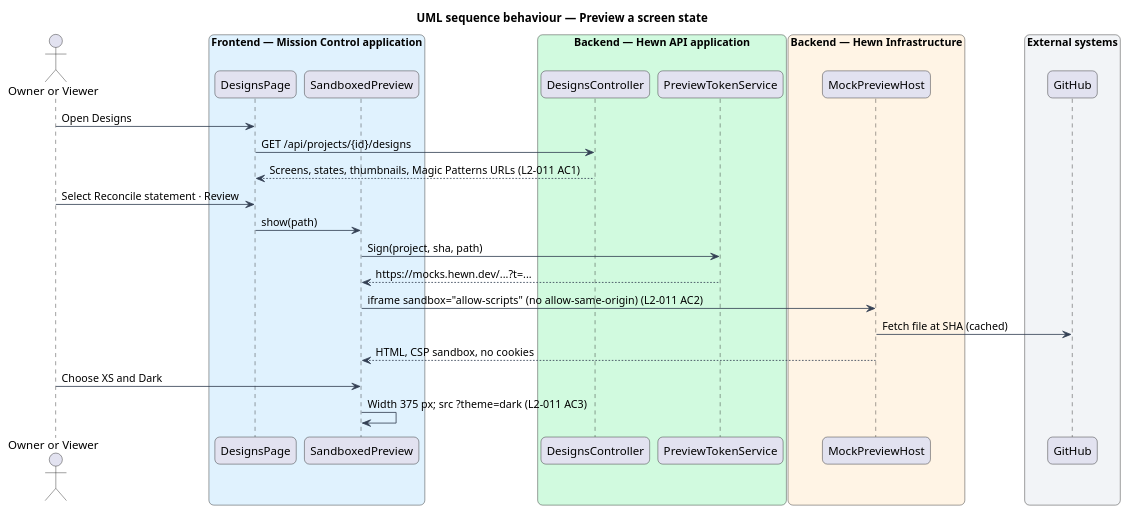
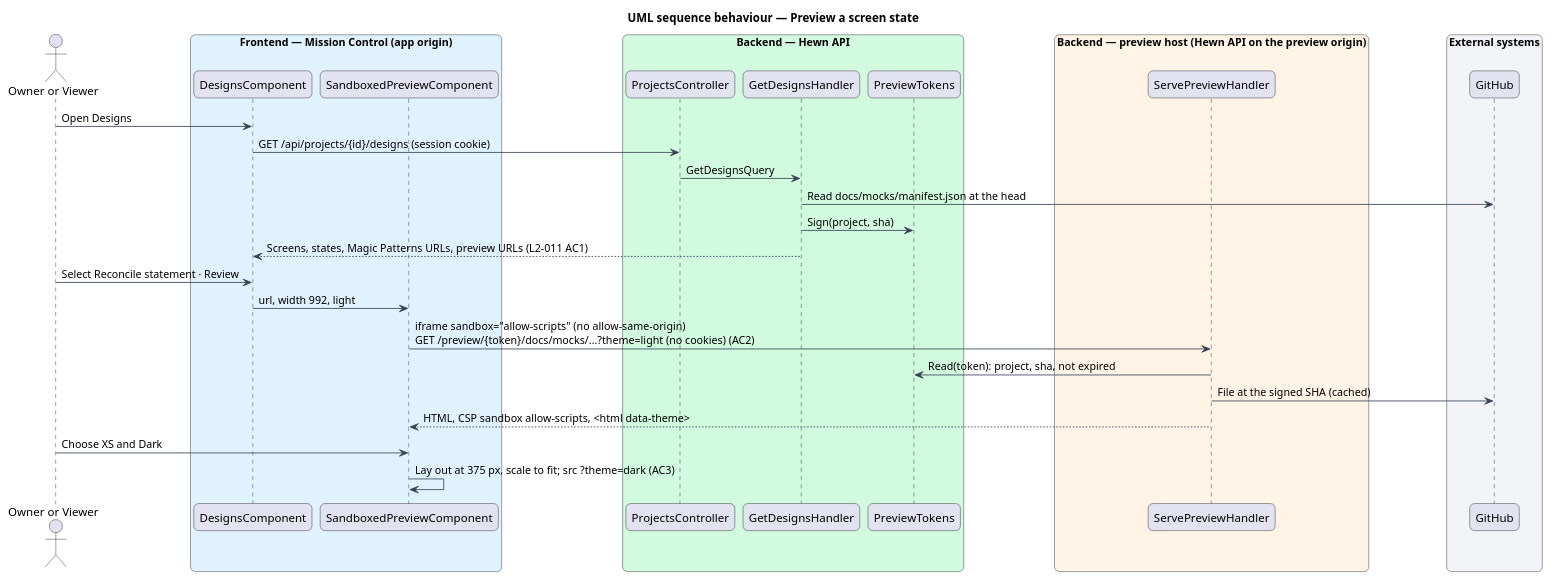
The diagram in docs/detailed-designs/mission-control/preview-designs/diagrams/sequence-preview.puml (QuinntyneBrown/hewn), drawn with PlantUML before and after one commit. The commit also changed 62 other files, not shown here.

First line of the commit message:
Preview product designs (journey 14, L2-011) (#22)

```diff
--- a/docs/detailed-designs/mission-control/preview-designs/diagrams/sequence-preview.puml
+++ b/docs/detailed-designs/mission-control/preview-designs/diagrams/sequence-preview.puml
@@ -1,45 +1,48 @@
 @startuml
 title UML sequence behaviour — Preview a screen state
 skinparam backgroundColor #FFFFFF
 skinparam shadowing false
 skinparam roundcorner 12
 skinparam defaultFontName Arial
 skinparam ArrowColor #344054
 skinparam rectangle {
   BorderColor #344054
   FontColor #101828
 }
 skinparam package {
   BorderColor #667085
   FontColor #101828
   BackgroundColor #F9FAFB
 }
 skinparam sequenceMessageAlign left
 actor "Owner or Viewer" as user
-box "Frontend — Mission Control application" #E0F2FE
-  participant "DesignsPage" as page
-  participant "SandboxedPreview" as prev
+box "Frontend — Mission Control (app origin)" #E0F2FE
+  participant "DesignsComponent" as page
+  participant "SandboxedPreviewComponent" as prev
 end box
-box "Backend — Hewn API application" #D1FADF
-  participant "DesignsController" as ctrl
-  participant "PreviewTokenService" as tok
+box "Backend — Hewn API" #D1FADF
+  participant "ProjectsController" as ctrl
+  participant "GetDesignsHandler" as list
+  participant "PreviewTokens" as tok
 end box
-box "Backend — Hewn Infrastructure" #FFF4E5
-  participant "MockPreviewHost" as host
+box "Backend — preview host (Hewn API on the preview origin)" #FFF4E5
+  participant "ServePreviewHandler" as host
 end box
 box "External systems" #F2F4F7
   participant "GitHub" as gh
 end box
 user -> page : Open Designs
-page -> ctrl : GET /api/projects/{id}/designs
-ctrl --> page : Screens, states, thumbnails, Magic Patterns URLs (L2-011 AC1)
+page -> ctrl : GET /api/projects/{id}/designs (session cookie)
+ctrl -> list : GetDesignsQuery
+list -> gh : Read docs/mocks/manifest.json at the head
+list -> tok : Sign(project, sha)
+list --> page : Screens, states, Magic Patterns URLs, preview URLs (L2-011 AC1)
 user -> page : Select Reconcile statement · Review
-page -> prev : show(path)
-prev -> tok : Sign(project, sha, path)
-tok --> prev : https://mocks.hewn.dev/...?t=...
-prev -> host : iframe sandbox="allow-scripts" (no allow-same-origin) (L2-011 AC2)
-host -> gh : Fetch file at SHA (cached)
-host --> prev : HTML, CSP sandbox, no cookies
+page -> prev : url, width 992, light
+prev -> host : iframe sandbox="allow-scripts" (no allow-same-origin)\nGET /preview/{token}/docs/mocks/...?theme=light (no cookies) (AC2)
+host -> tok : Read(token): project, sha, not expired
+host -> gh : File at the signed SHA (cached)
+host --> prev : HTML, CSP sandbox allow-scripts, <html data-theme>
 user -> prev : Choose XS and Dark
-prev -> prev : Width 375 px; src ?theme=dark (L2-011 AC3)
+prev -> prev : Lay out at 375 px, scale to fit; src ?theme=dark (AC3)
 @enduml
```
